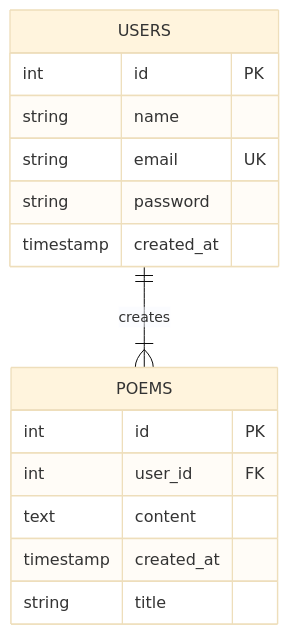
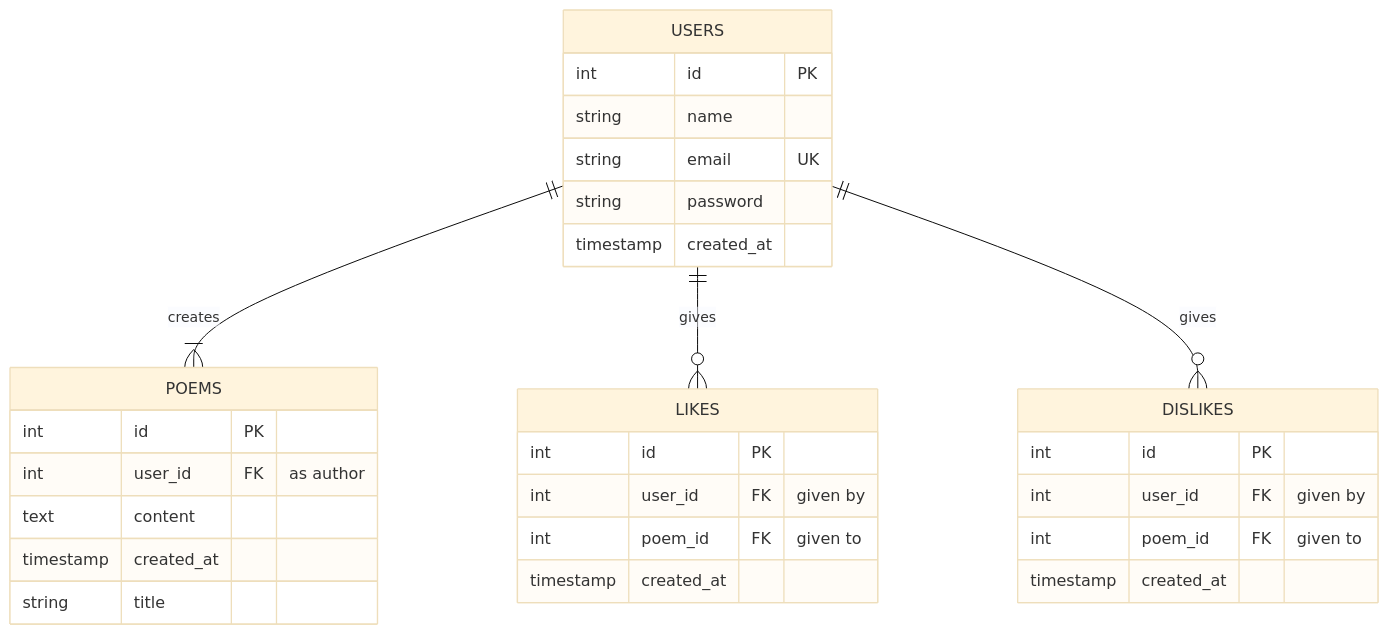
The diagram in backend/README.md (globe-and-citizen/weve-got-poems), drawn with Mermaid (base theme) before and after one commit.

Commit message:
Updated mermaid with new tables

````diff
--- a/backend/README.md
+++ b/backend/README.md
@@ -26,18 +26,33 @@
 ```mermaid
 erDiagram
     USERS ||--|{ POEMS : creates
+    USERS ||--o{ LIKES : gives
+    USERS ||--o{ DISLIKES : gives
     USERS {
         int id PK
         string name
         string email UK
         string password
         timestamp created_at
     }
     POEMS {
         int id PK
-        int user_id FK
+        int user_id FK "as author"
         text content
         timestamp created_at
         string title
     }
+    LIKES {
+        int id PK
+        int user_id FK "given by"
+        int poem_id FK "given to"
+        timestamp created_at
+    }
+    DISLIKES {
+        int id PK
+        int user_id FK "given by"
+        int poem_id FK "given to"
+        timestamp created_at
+    }
+
 ```
````
